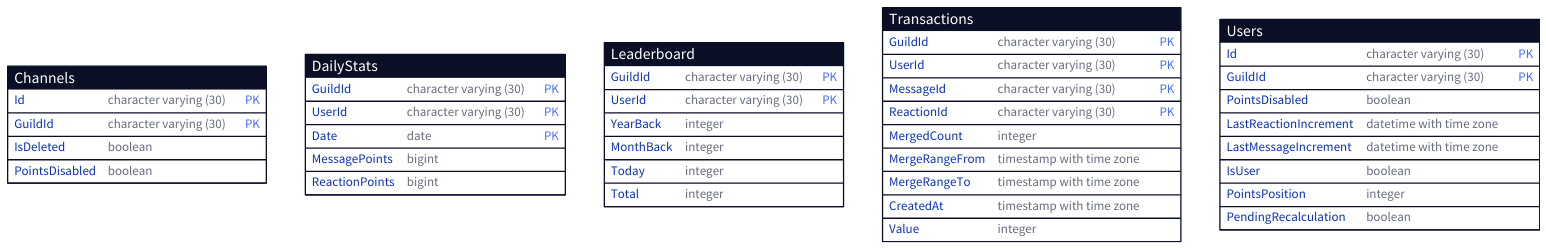
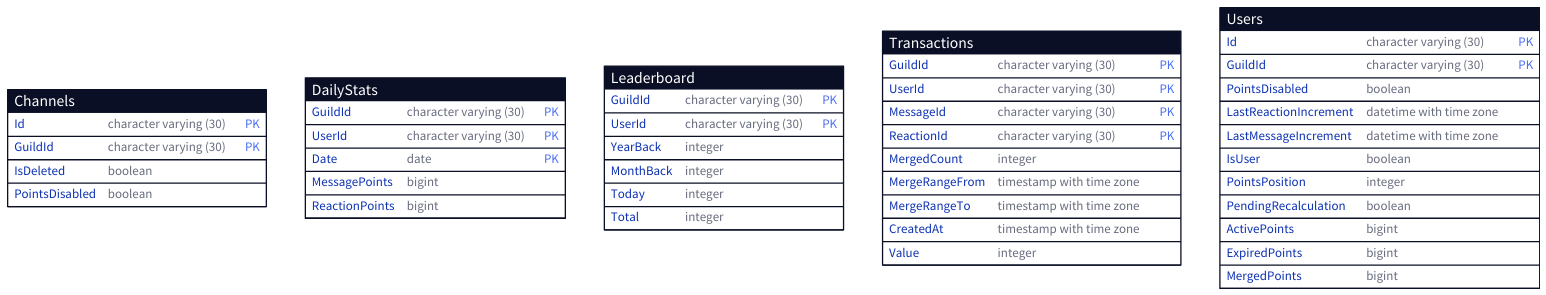
Before and after one commit to GrillBot/grillbot-docs: the diagram in data/database_points.d2, drawn with D2. The commit also changed 3 other files, not shown here.

```diff
--- a/data/database_points.d2
+++ b/data/database_points.d2
@@ -1,56 +1,59 @@
 Channels: {
   shape: sql_table
 
   Id: character varying (30) {constraint: primary_key}
   GuildId: character varying (30) {constraint: primary_key}
   IsDeleted: boolean
   PointsDisabled: boolean
 }
 
 DailyStats: {
   shape: sql_table
 
   GuildId: character varying (30) {constraint: primary_key}
   UserId: character varying (30) {constraint: primary_key}
   Date: date {constraint: primary_key}
   MessagePoints: bigint
   ReactionPoints: bigint
 }
 
 Leaderboard: {
   shape: sql_table
 
   GuildId: character varying (30) {constraint: primary_key}
   UserId: character varying (30) {constraint: primary_key}
   YearBack: integer
   MonthBack: integer
   Today: integer
   Total: integer
 }
 
 Transactions: {
   shape: sql_table
 
   GuildId: character varying (30) {constraint: primary_key}
   UserId: character varying (30) {constraint: primary_key}
   MessageId: character varying (30) {constraint: primary_key}
   ReactionId: character varying (30) {constraint: primary_key}
   MergedCount: integer
   MergeRangeFrom: timestamp with time zone
   MergeRangeTo: timestamp with time zone
   CreatedAt: timestamp with time zone
   Value: integer
 }
 
 Users: {
   shape: sql_table
 
   Id: character varying (30) {constraint: primary_key}
   GuildId: character varying (30) {constraint: primary_key}
   PointsDisabled: boolean
   LastReactionIncrement: datetime with time zone
   LastMessageIncrement: datetime with time zone
   IsUser: boolean
   PointsPosition: integer
   PendingRecalculation: boolean
+  ActivePoints: bigint
+  ExpiredPoints: bigint
+  MergedPoints: bigint
 }
```
